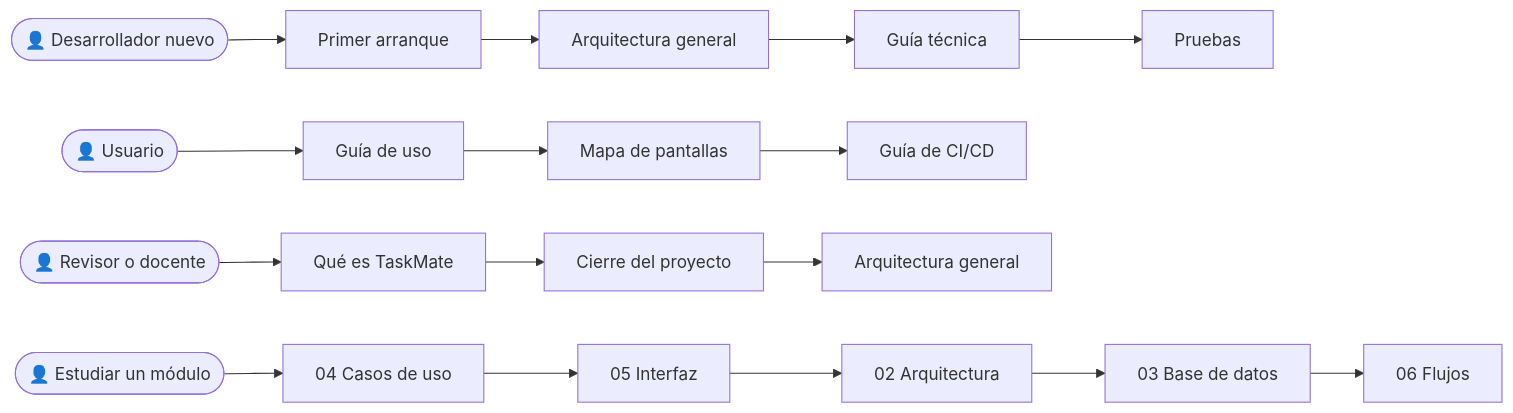
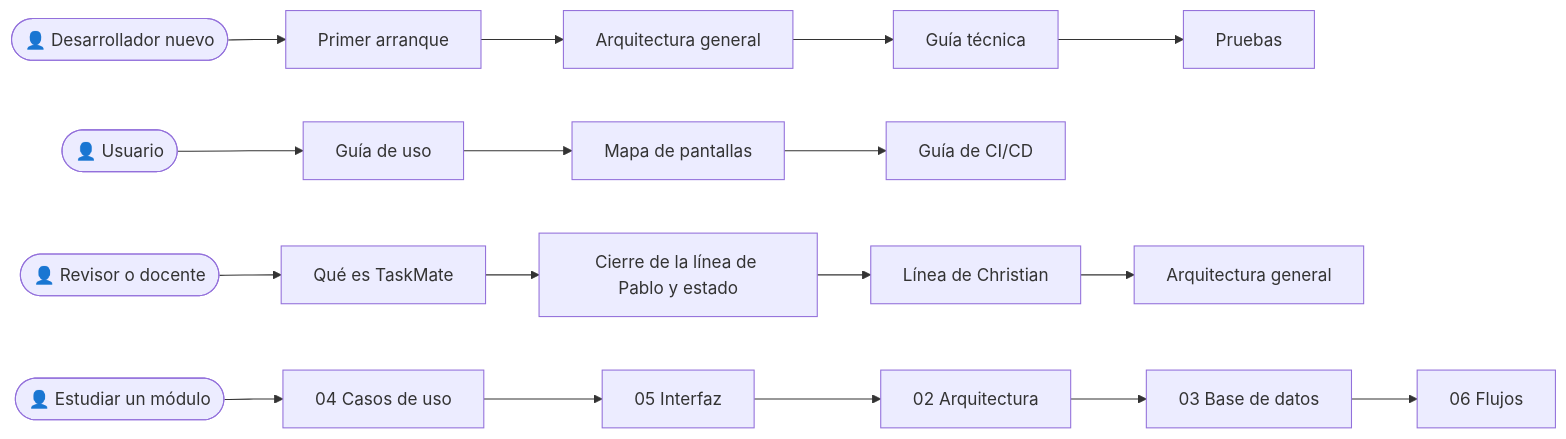
One commit to PabloP150/proyecto-is-cc6 changed the diagram in documentacion/README.md. Above: the diagram before and after it, drawn with Mermaid. The commit also changed other lines of this file and 204 other files, not shown here.

First line of the commit message:
docs: update all documentation, diagrams and PNGs to the test/e2e state

````diff
--- a/documentacion/README.md
+++ b/documentacion/README.md
@@ -5,7 +5,7 @@
 ```mermaid
 flowchart LR
     DEV(["👤 Desarrollador nuevo"]) --> D1["Primer arranque"] --> D2["Arquitectura general"] --> D3["Guía técnica"] --> D4["Pruebas"]
     USR(["👤 Usuario"]) --> U1["Guía de uso"] --> U2["Mapa de pantallas"] --> U3["Guía de CI/CD"]
-    REV(["👤 Revisor o docente"]) --> R1["Qué es TaskMate"] --> R2["Cierre del proyecto"] --> R3["Arquitectura general"]
+    REV(["👤 Revisor o docente"]) --> R1["Qué es TaskMate"] --> R2["Cierre de la línea de Pablo y estado"] --> R3["Línea de Christian"] --> R4["Arquitectura general"]
     MOD(["👤 Estudiar un módulo"]) --> M1["04 Casos de uso"] --> M2["05 Interfaz"] --> M3["02 Arquitectura"] --> M4["03 Base de datos"] --> M5["06 Flujos"]
 ```
````
